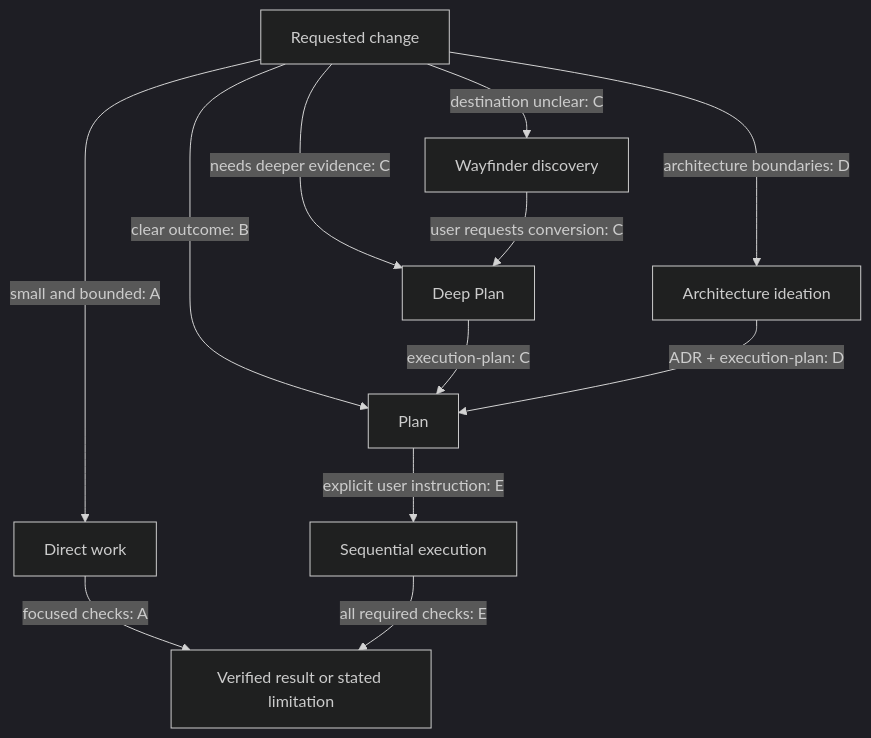
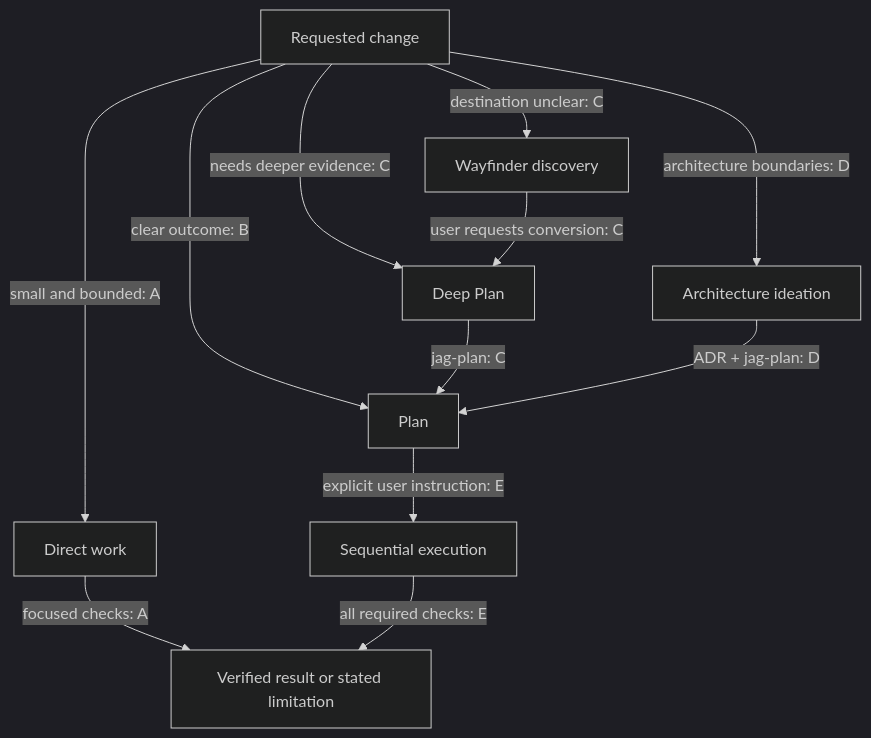
The first of 2 diagrams in docs/architecture/flows.md (andresnator/pi-orchestraitor), drawn with Mermaid (dark theme) before and after one commit. The commit also changed other lines of this file and 265 other files, not shown here.

````diff
--- a/docs/architecture/flows.md
+++ b/docs/architecture/flows.md
@@ -9,14 +9,14 @@
 ```mermaid
 flowchart TD
   U[Requested change] -->|small and bounded: A| D[Direct work]
   U -->|clear outcome: B| P[Plan]
   U -->|needs deeper evidence: C| DP[Deep Plan]
   U -->|destination unclear: C| W[Wayfinder discovery]
   U -->|architecture boundaries: D| AR[Architecture ideation]
   W -->|user requests conversion: C| DP
-  DP -->|execution-plan: C| P
-  AR -->|ADR + execution-plan: D| P
+  DP -->|jag-plan: C| P
+  AR -->|ADR + jag-plan: D| P
   P -->|explicit user instruction: E| X[Sequential execution]
   D -->|focused checks: A| V[Verified result or stated limitation]
   X -->|all required checks: E| V
 ```
````
